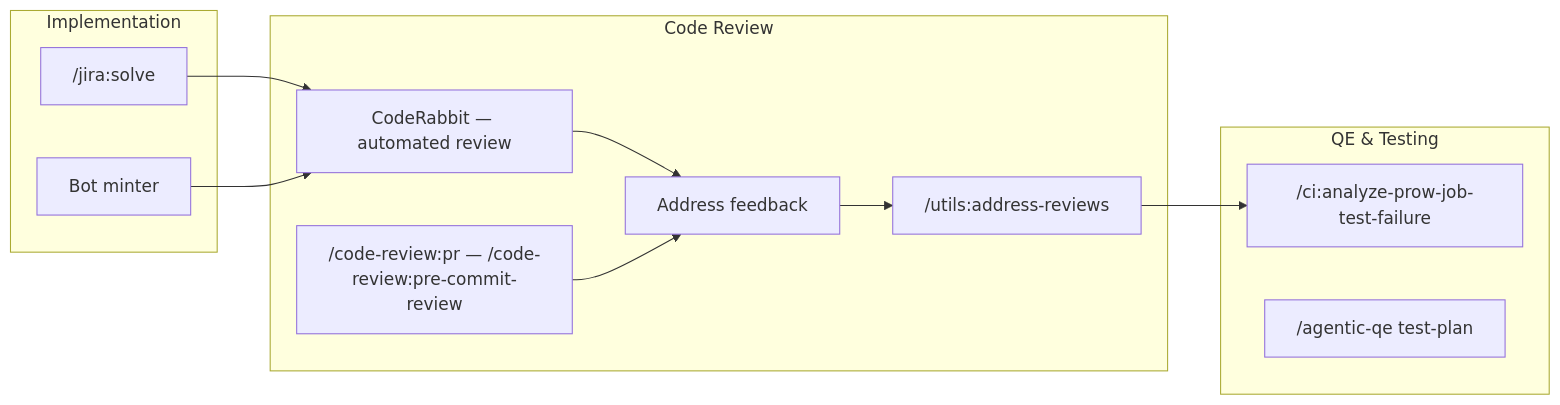
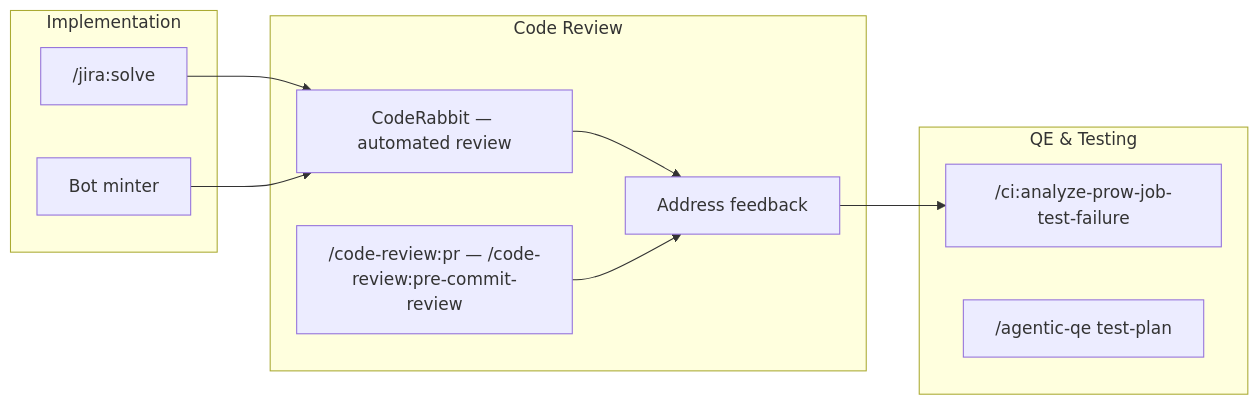
One commit to openshift/hypershift changed the third of 5 diagrams in docs/content/how-to/agentic-sdlc.md. Above: the diagram before and after it, drawn with Mermaid. The commit also changed other lines of this file and 4 other files, not shown here.

````diff
--- a/docs/content/how-to/agentic-sdlc.md
+++ b/docs/content/how-to/agentic-sdlc.md
@@ -109,22 +109,21 @@
 ```mermaid
 flowchart LR
     subgraph "Implementation"
         C1["/jira:solve"]
         C2["Bot minter"]
     end
 
     subgraph "Code Review"
         D1["CodeRabbit — automated review"] --> D3["Address feedback"]
         D2["/code-review:pr — /code-review:pre-commit-review"] --> D3
-        D3 --> D4["/utils:address-reviews"]
     end
 
     subgraph "QE & Testing"
         E2["/ci:analyze-prow-job-test-failure"]
         E3["/agentic-qe test-plan"]
     end
 
     C1 --> D1
     C2 --> D1
-    D4 --> E2
+    D3 --> E2
 ```
````
